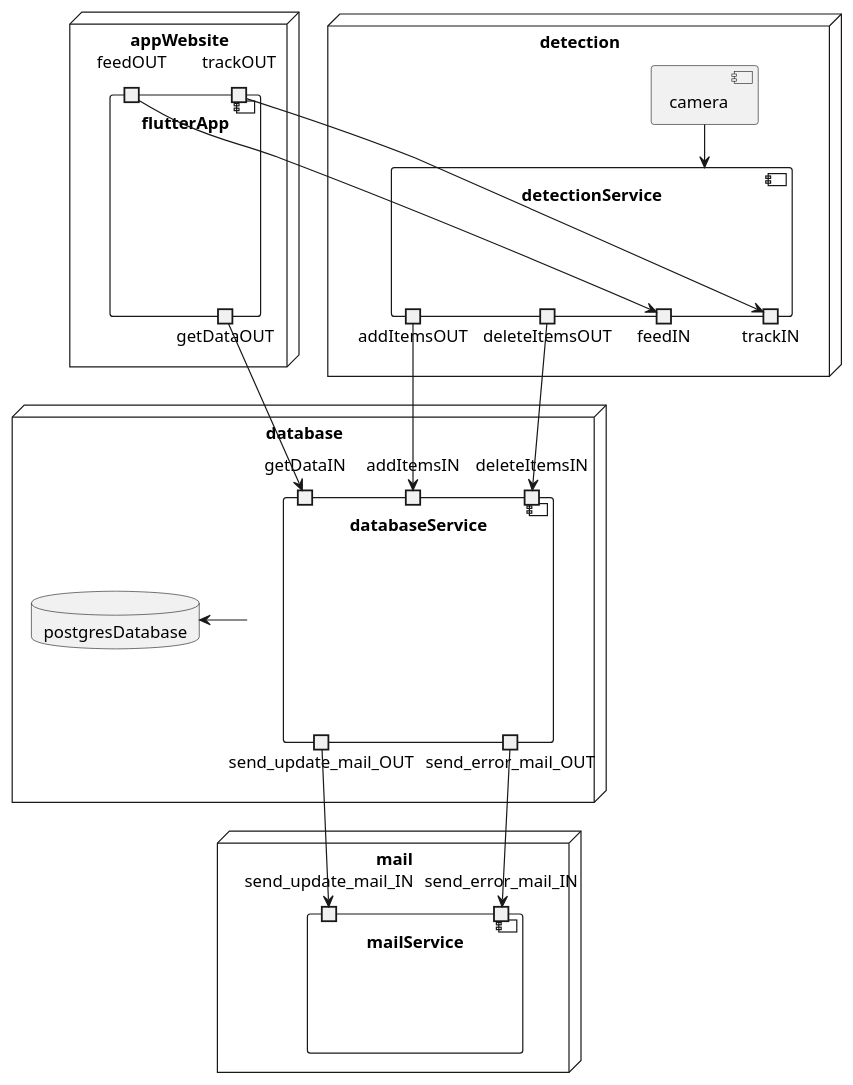
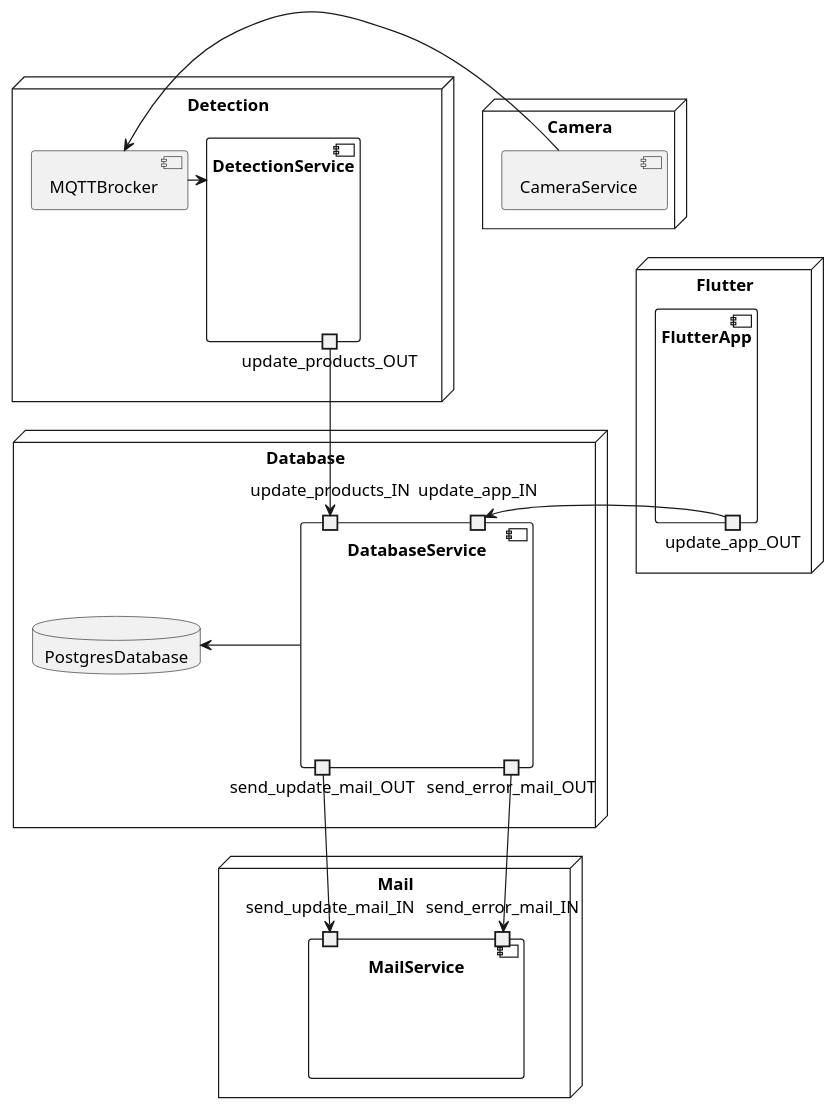
The diagram in doc/documentation/uml/components_diagramm.puml (Marcey1611/stock-tracker-project-sysad-ws2425), drawn with PlantUML before and after one commit. The commit also changed 1 other file, not shown here.

Commit message:
SYSAD-54: Updated components diagram and added sequence diagram

```diff
--- a/doc/documentation/uml/components_diagramm.puml
+++ b/doc/documentation/uml/components_diagramm.puml
@@ -1,53 +1,47 @@
 @startuml
+node Detection {
+    component DetectionService {
+        portout update_products_OUT
+    }
+    component MQTTBrocker
+}
+node Database {
+    database PostgresDatabase
+    component DatabaseService{
+        portin update_products_IN
 
-node detection {
-    component camera
-    component detectionService {
-        portout addItemsOUT
-        portout deleteItemsOUT
-        portout feedIN
-        portout trackIN
-    }
-}
-node database {
-    database postgresDatabase
-    component databaseService{
-        portin addItemsIN
-        portin deleteItemsIN
-
-        portin getDataIN
+        portin update_app_IN
 
         portout send_update_mail_OUT
         portout send_error_mail_OUT
     }
 }
-node mail {
-    component mailService{
+node Camera {
+    component CameraService
+}
+
+node Mail {
+    component MailService{
         portin send_update_mail_IN
         portin send_error_mail_IN
     }
 }
-node appWebsite {
-    component flutterApp {
-        portout getDataOUT
-        portin feedOUT
-        portin trackOUT
+node Flutter {
+    component FlutterApp {
+        portout update_app_OUT
     }
 }
 
-camera -down-> detectionService
+CameraService -left-> MQTTBrocker
 
-addItemsOUT -down-> addItemsIN
-deleteItemsOUT -down-> deleteItemsIN
+MQTTBrocker -left-> DetectionService
 
-getDataOUT -down-> getDataIN
+update_products_OUT -down-> update_products_IN
 
-feedOUT -right-> feedIN
-trackOUT -right-> trackIN
+update_app_OUT -left-> update_app_IN
 
 send_update_mail_OUT -down-> send_update_mail_IN
 send_error_mail_OUT -down-> send_error_mail_IN
 
-databaseService -left-> postgresDatabase
-
+DatabaseService -left-> PostgresDatabase
 @enduml
```
